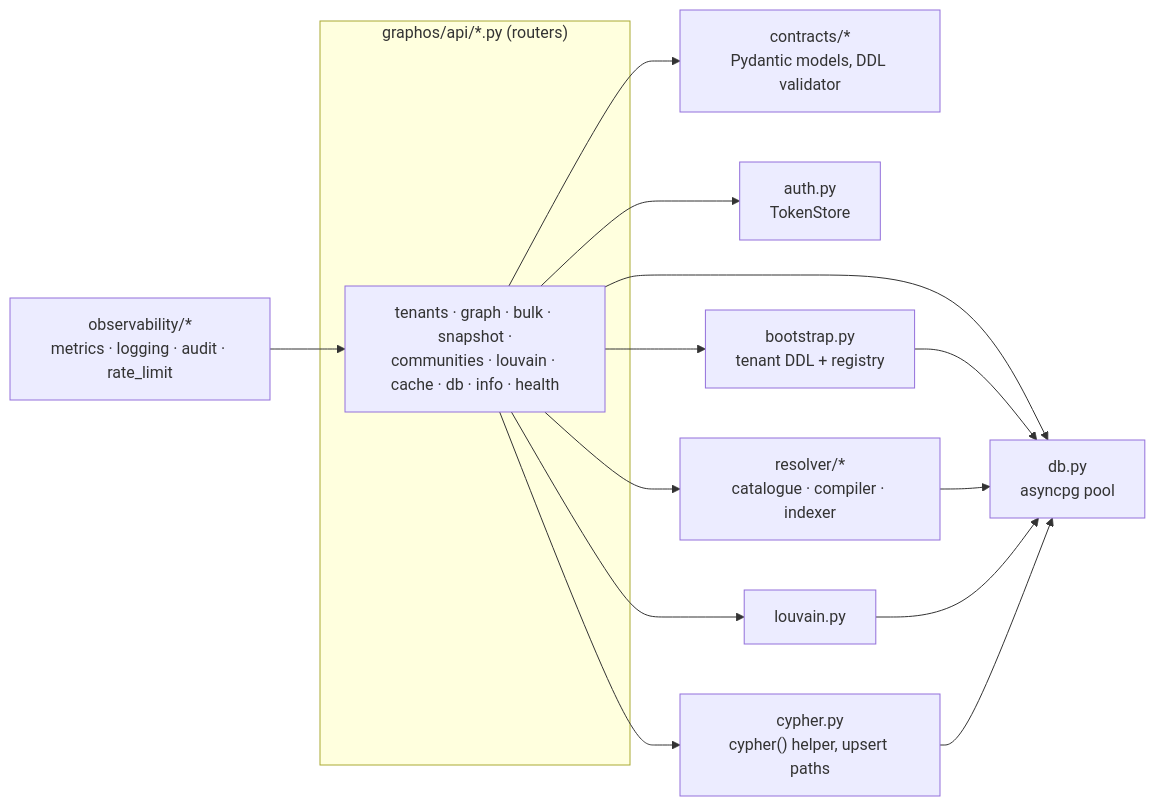
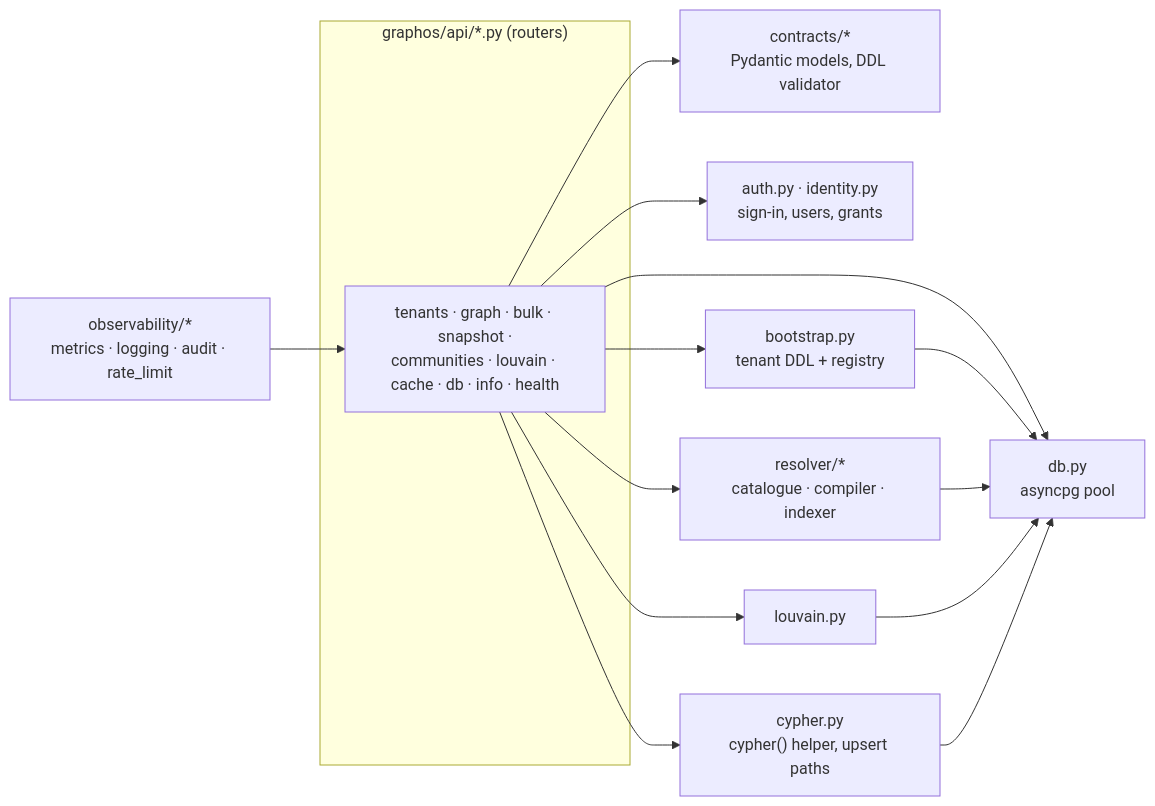
The second of 3 diagrams in docs/concept.md (pomentum/graphos), drawn with Mermaid before and after one commit. The commit also changed other lines of this file and 29 other files, not shown here.

First line of the commit message:
docs: installation guide, graph algorithms, single sign-on, UI screenshots

````diff
--- a/docs/concept.md
+++ b/docs/concept.md
@@ -796,27 +861,27 @@
 ```mermaid
 flowchart LR
     subgraph api["graphos/api/*.py (routers)"]
         R["tenants · graph · bulk · snapshot ·<br/>communities · louvain · cache · db · info · health"]
     end
     CON["contracts/*<br/>Pydantic models, DDL validator"]
-    AUTH["auth.py<br/>TokenStore"]
+    AUTH["auth.py · identity.py<br/>sign-in, users, grants"]
     OBS["observability/*<br/>metrics · logging · audit · rate_limit"]
     BOOT["bootstrap.py<br/>tenant DDL + registry"]
     RES["resolver/*<br/>catalogue · compiler · indexer"]
     LV["louvain.py"]
     CY["cypher.py<br/>cypher() helper, upsert paths"]
     DB["db.py<br/>asyncpg pool"]
 
     OBS --> R
     R --> CON
     R --> AUTH
     R --> BOOT
     R --> RES
     R --> LV
     R --> CY
     R --> DB
     BOOT --> DB
     RES --> DB
     LV --> DB
     CY --> DB
 ```
````
